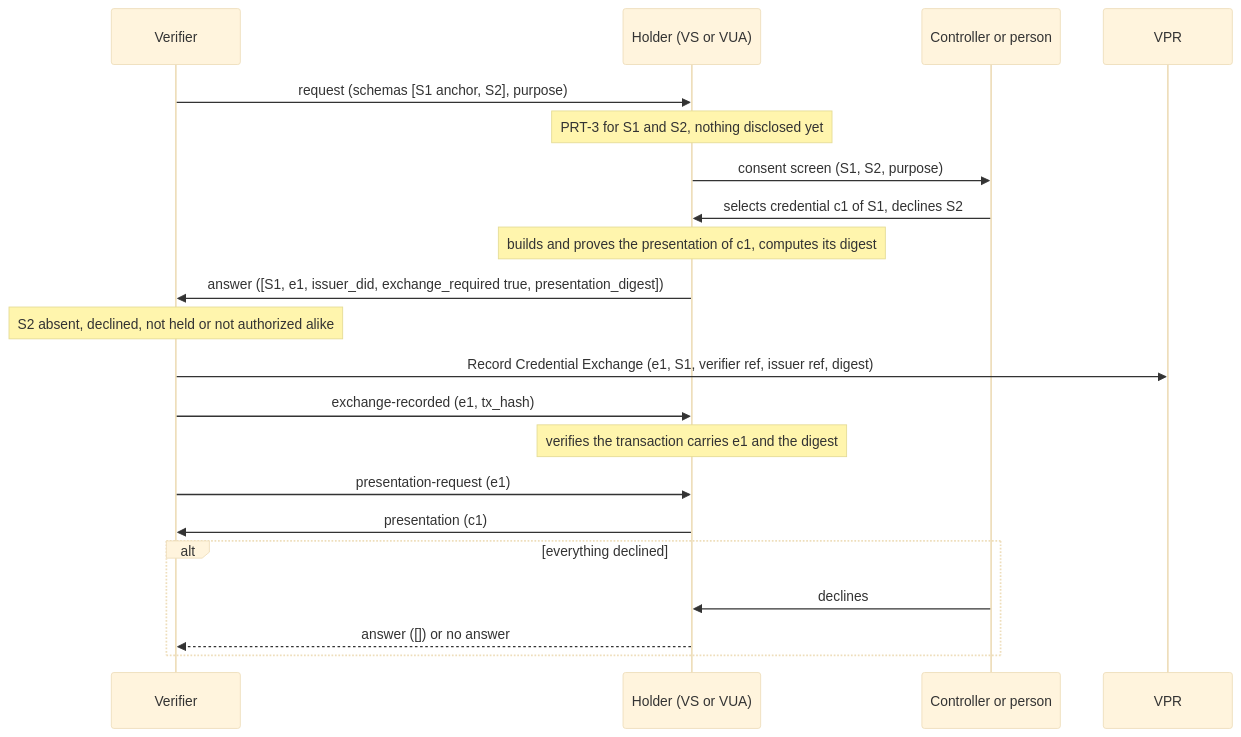
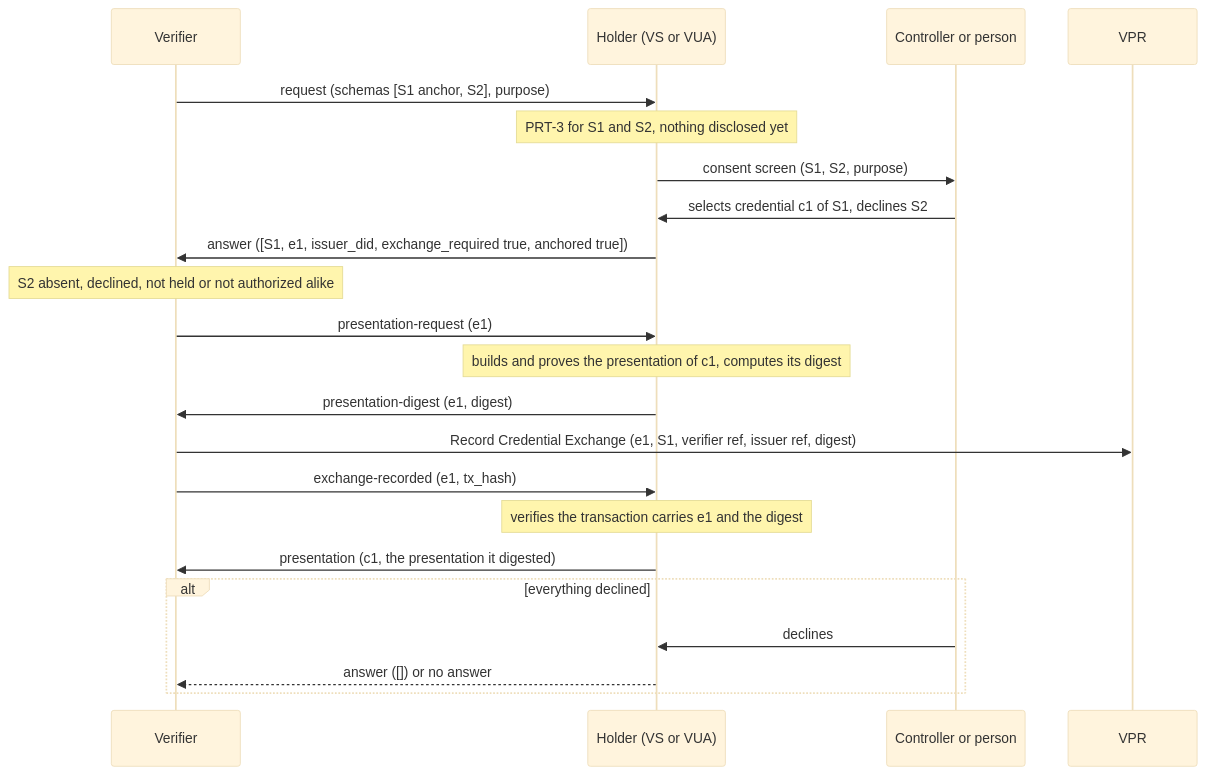
One commit to verana-labs/verifiable-trust-spec changed diagram 11 of 14 in spec.md. Above: the diagram before and after it, drawn with Mermaid (base theme). The commit also changed other lines of this file, not shown here.

````diff
--- a/spec.md
+++ b/spec.md
@@ -2245,23 +2246,24 @@
 ```mermaid
 sequenceDiagram
     participant V as Verifier
     participant H as Holder (VS or VUA)
     participant C as Controller or person
     participant VPR as VPR
     V->>H: request (schemas [S1 anchor, S2], purpose)
     Note over H: PRT-3 for S1 and S2, nothing disclosed yet
     H->>C: consent screen (S1, S2, purpose)
     C->>H: selects credential c1 of S1, declines S2
+    H->>V: answer ([S1, e1, issuer_did, exchange_required true, anchored true])
+    Note over V: S2 absent, declined, not held or not authorized alike
+    V->>H: presentation-request (e1)
     Note over H: builds and proves the presentation of c1, computes its digest
-    H->>V: answer ([S1, e1, issuer_did, exchange_required true, presentation_digest])
-    Note over V: S2 absent, declined, not held or not authorized alike
+    H->>V: presentation-digest (e1, digest)
     V->>VPR: Record Credential Exchange (e1, S1, verifier ref, issuer ref, digest)
     V->>H: exchange-recorded (e1, tx_hash)
     Note over H: verifies the transaction carries e1 and the digest
-    V->>H: presentation-request (e1)
-    H->>V: presentation (c1)
+    H->>V: presentation (c1, the presentation it digested)
     alt everything declined
         C->>H: declines
         H-->>V: answer ([]) or no answer
     end
 ```
````
